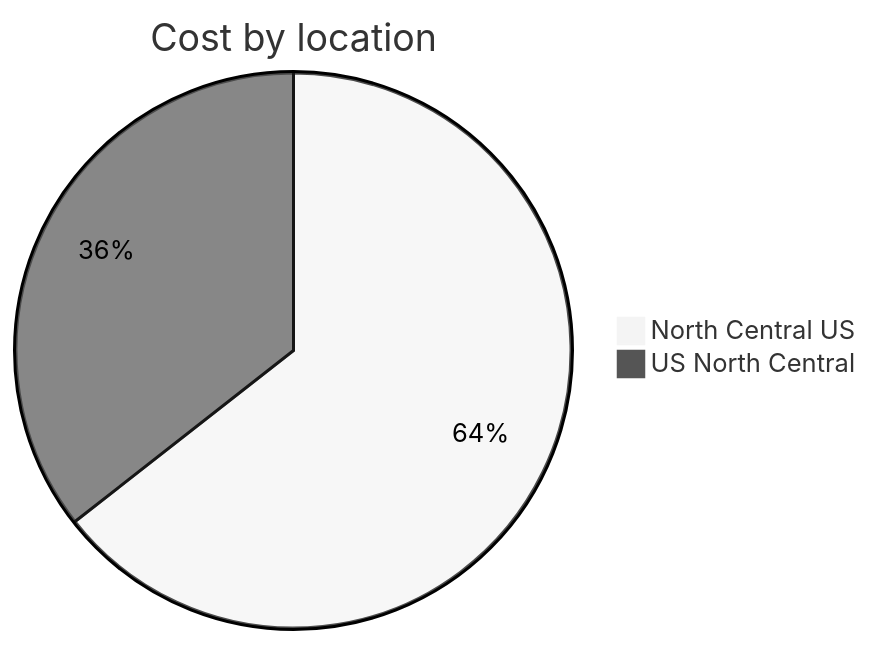
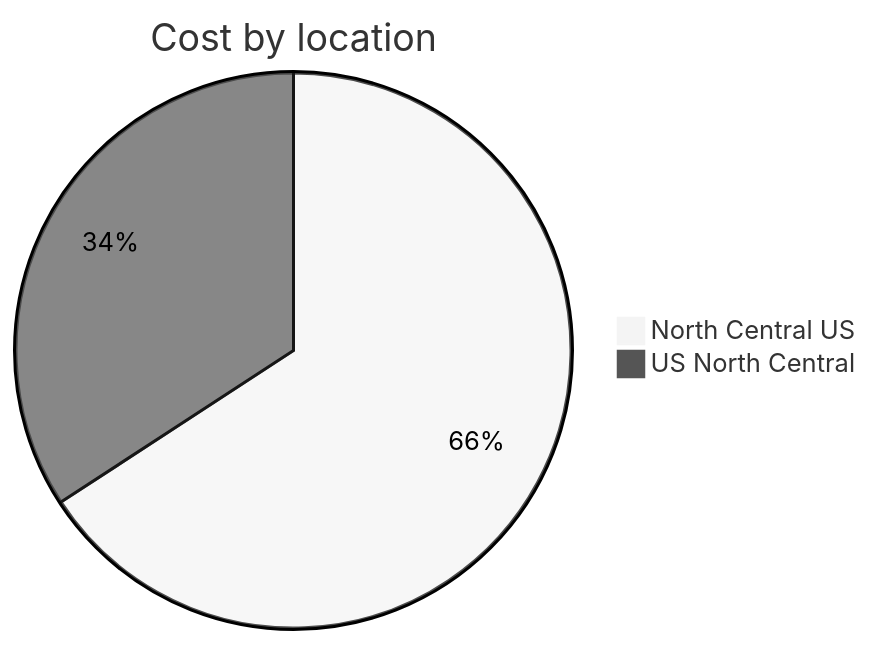
The third of 4 diagrams in cost-reports/personal-network/backup-server-public-ip.md (jpfulton/azure-personal-reports), drawn with Mermaid (neutral theme) before and after one commit. The commit also changed other lines of this file and 7 other files, not shown here.

````diff
--- a/cost-reports/personal-network/backup-server-public-ip.md
+++ b/cost-reports/personal-network/backup-server-public-ip.md
@@ -108,6 +108,6 @@
 ```mermaid
 pie
    title Cost by location
-   "North Central US" : 1.92
+   "North Central US" : 2.04
    "US North Central" : 1.06
 ```
````
